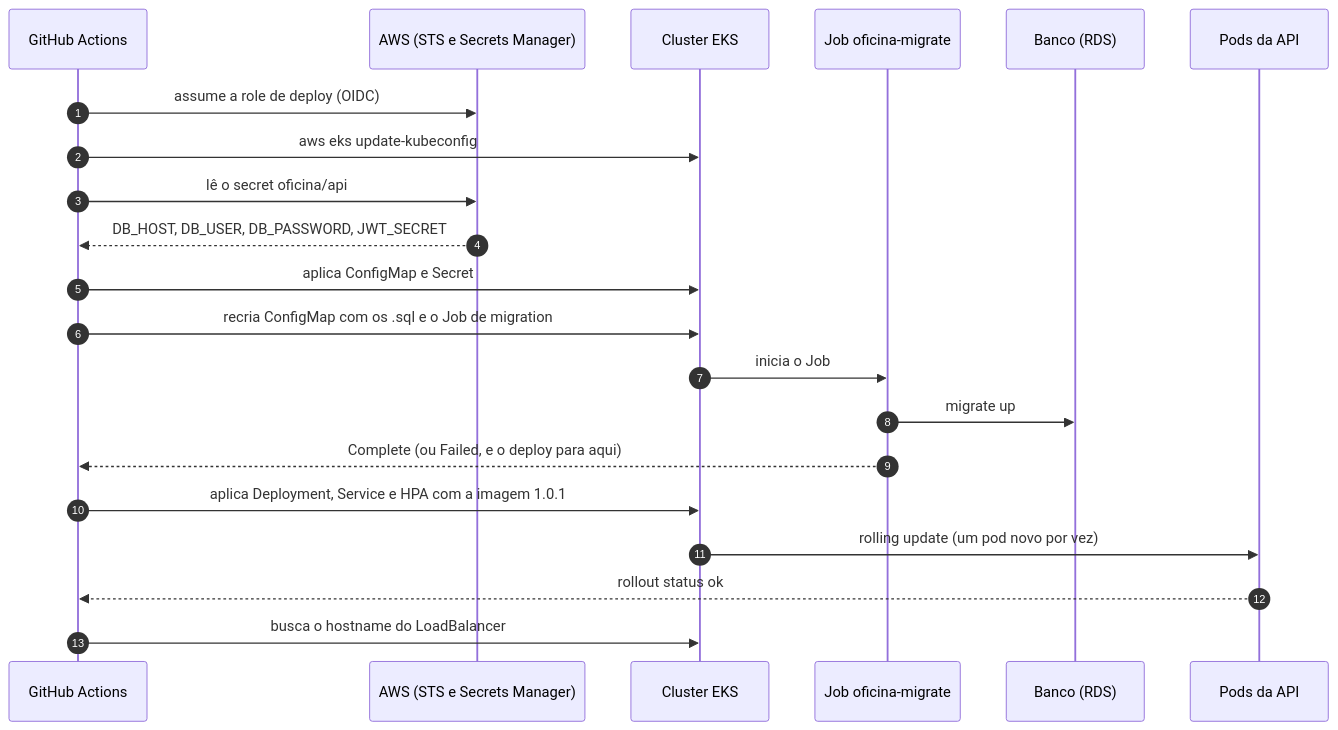
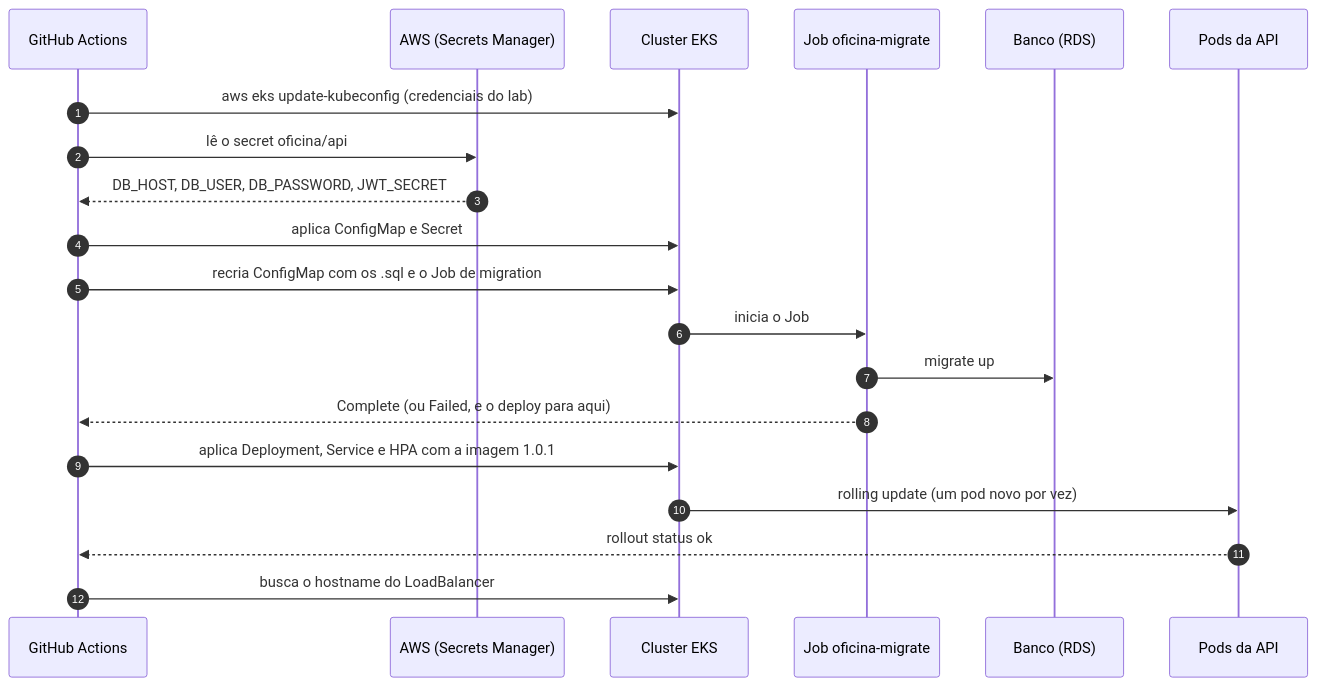
The fourth of 4 diagrams in docs/CI_CD.md (muriloperosa/soat-architecture), drawn with Mermaid before and after one commit. The commit also changed other lines of this file and 31 other files, not shown here.

````diff
--- a/docs/CI_CD.md
+++ b/docs/CI_CD.md
@@ -201,24 +201,23 @@
 ```mermaid
 sequenceDiagram
     autonumber
     participant GH as GitHub Actions
-    participant AWS as AWS (STS e Secrets Manager)
+    participant AWS as AWS (Secrets Manager)
     participant K as Cluster EKS
     participant J as Job oficina-migrate
     participant DB as Banco (RDS)
     participant API as Pods da API
 
-    GH->>AWS: assume a role de deploy (OIDC)
-    GH->>K: aws eks update-kubeconfig
+    GH->>K: aws eks update-kubeconfig (credenciais do lab)
     GH->>AWS: lê o secret oficina/api
     AWS-->>GH: DB_HOST, DB_USER, DB_PASSWORD, JWT_SECRET
     GH->>K: aplica ConfigMap e Secret
     GH->>K: recria ConfigMap com os .sql e o Job de migration
     K->>J: inicia o Job
     J->>DB: migrate up
     J-->>GH: Complete (ou Failed, e o deploy para aqui)
     GH->>K: aplica Deployment, Service e HPA com a imagem 1.0.1
     K->>API: rolling update (um pod novo por vez)
     API-->>GH: rollout status ok
     GH->>K: busca o hostname do LoadBalancer
 ```
````
